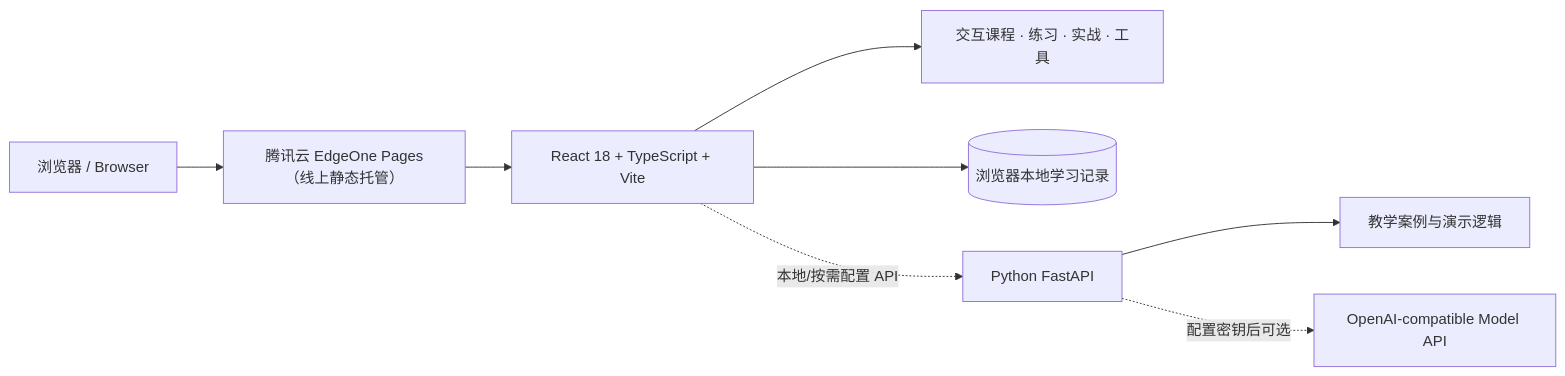
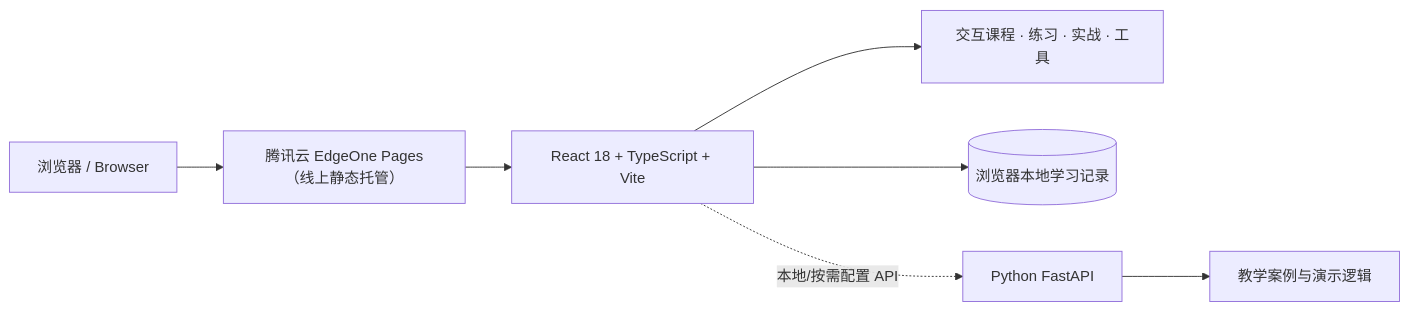
Before and after one commit to Xiaotian69/modelingbridge: the second of 2 diagrams in README.zh-CN.md, drawn with Mermaid. The commit also changed other lines of this file and 16 other files, not shown here.

````diff
--- a/README.zh-CN.md
+++ b/README.zh-CN.md
@@ -180,10 +180,9 @@
 ```mermaid
 flowchart LR
     U["浏览器 / Browser"] --> E["腾讯云 EdgeOne Pages（线上静态托管）"]
     E --> W["React 18 + TypeScript + Vite"]
     W --> I["交互课程 · 练习 · 实战 · 工具"]
     W --> L[("浏览器本地学习记录")]
     W -. "本地/按需配置 API" .-> A["Python FastAPI"]
     A --> C["教学案例与演示逻辑"]
-    A -. "配置密钥后可选" .-> M["OpenAI-compatible Model API"]
 ```
````
